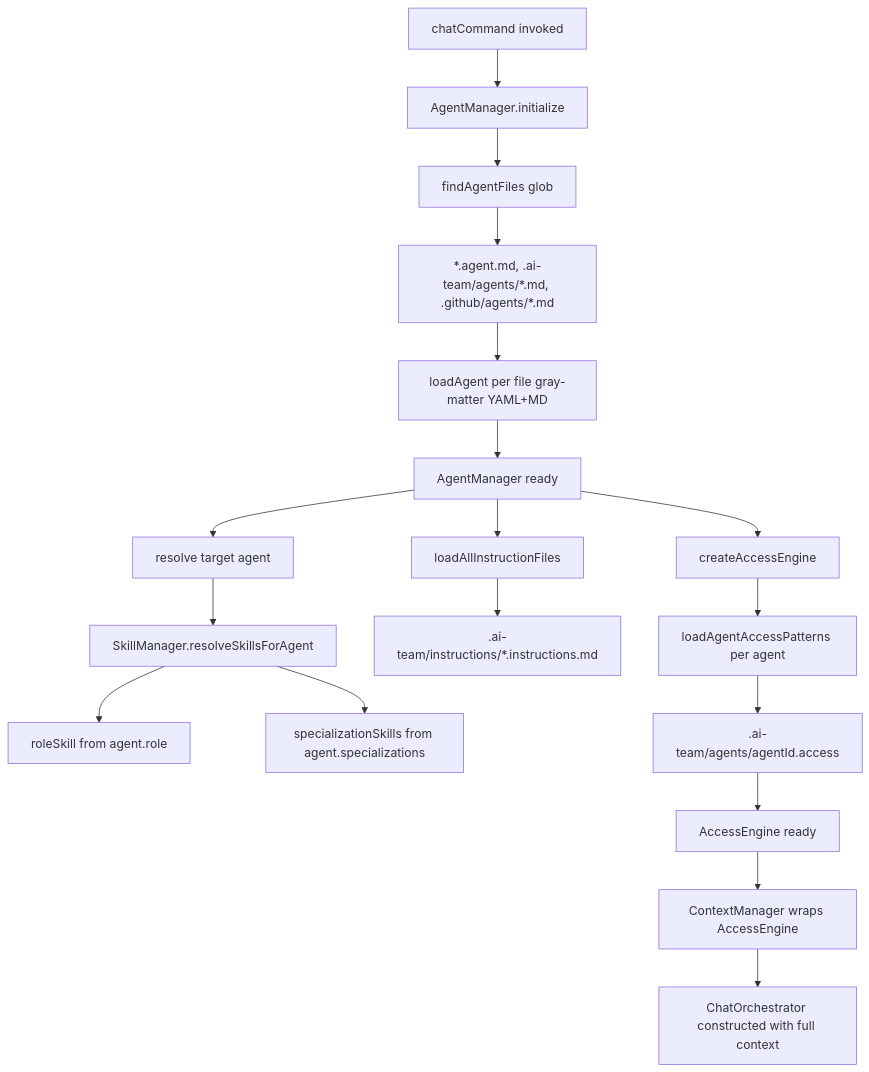
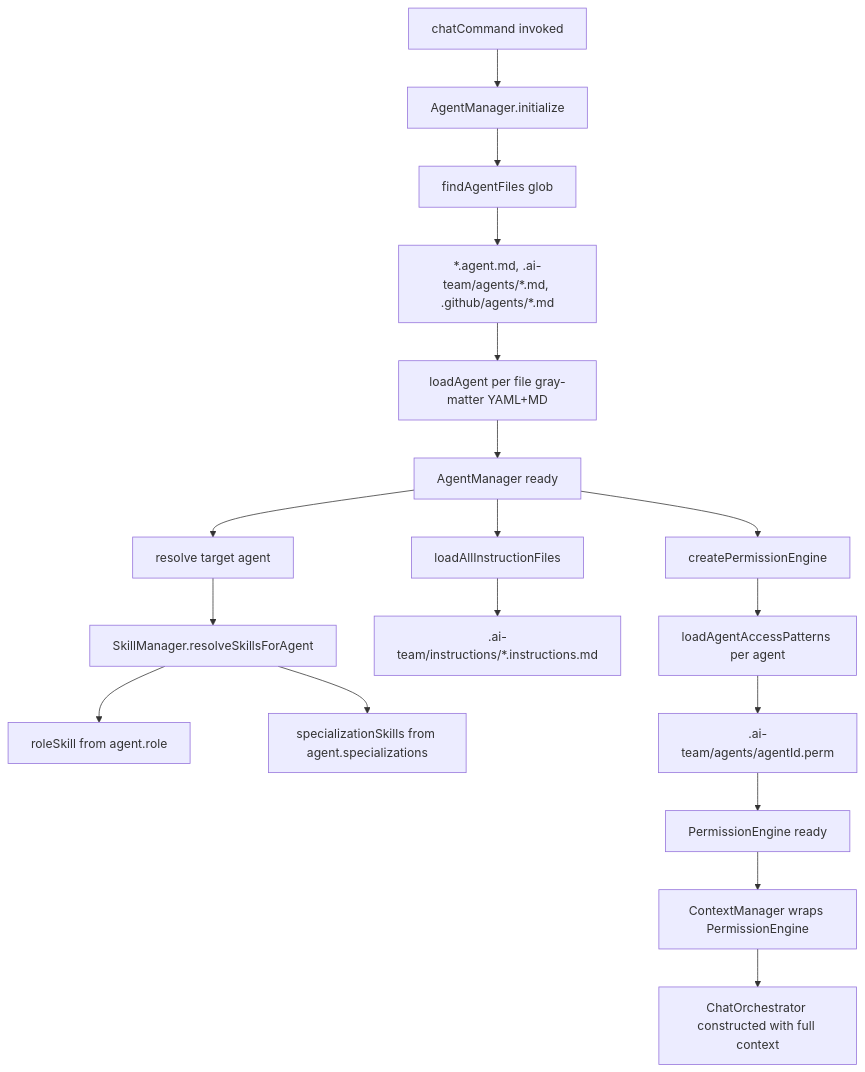
Before and after one commit to cmeierost/ai-team: the first of 5 diagrams in docs/architecture/orchestrator-overview.md, drawn with Mermaid. The commit also changed other lines of this file and 139 other files, not shown here.

````diff
--- a/docs/architecture/orchestrator-overview.md
+++ b/docs/architecture/orchestrator-overview.md
@@ -19,24 +19,24 @@
 ```mermaid
 flowchart TD
   A[chatCommand invoked] --> B[AgentManager.initialize]
   B --> C[findAgentFiles glob]
   C --> D["*.agent.md, .ai-team/agents/*.md, .github/agents/*.md"]
   D --> E[loadAgent per file gray-matter YAML+MD]
   E --> F[AgentManager ready]
 
   F --> G[resolve target agent]
   G --> H[SkillManager.resolveSkillsForAgent]
   H --> I[roleSkill from agent.role]
   H --> I2[specializationSkills from agent.specializations]
 
   F --> J[loadAllInstructionFiles]
   J --> K[.ai-team/instructions/*.instructions.md]
 
-  F --> L[createAccessEngine]
+  F --> L[createPermissionEngine]
   L --> M[loadAgentAccessPatterns per agent]
-  M --> N[.ai-team/agents/agentId.access]
-  N --> O[AccessEngine ready]
+  M --> N[.ai-team/agents/agentId.perm]
+  N --> O[PermissionEngine ready]
 
-  O --> P[ContextManager wraps AccessEngine]
+  O --> P[ContextManager wraps PermissionEngine]
   P --> Q[ChatOrchestrator constructed with full context]
 ```
````
